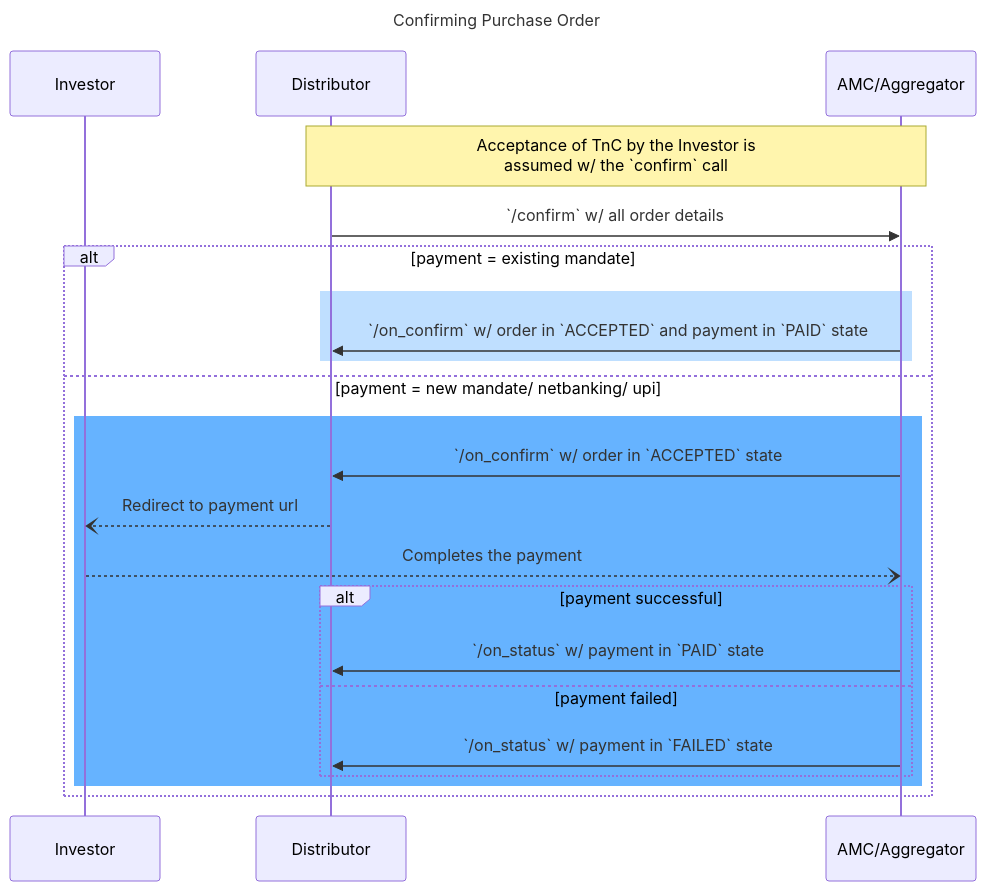
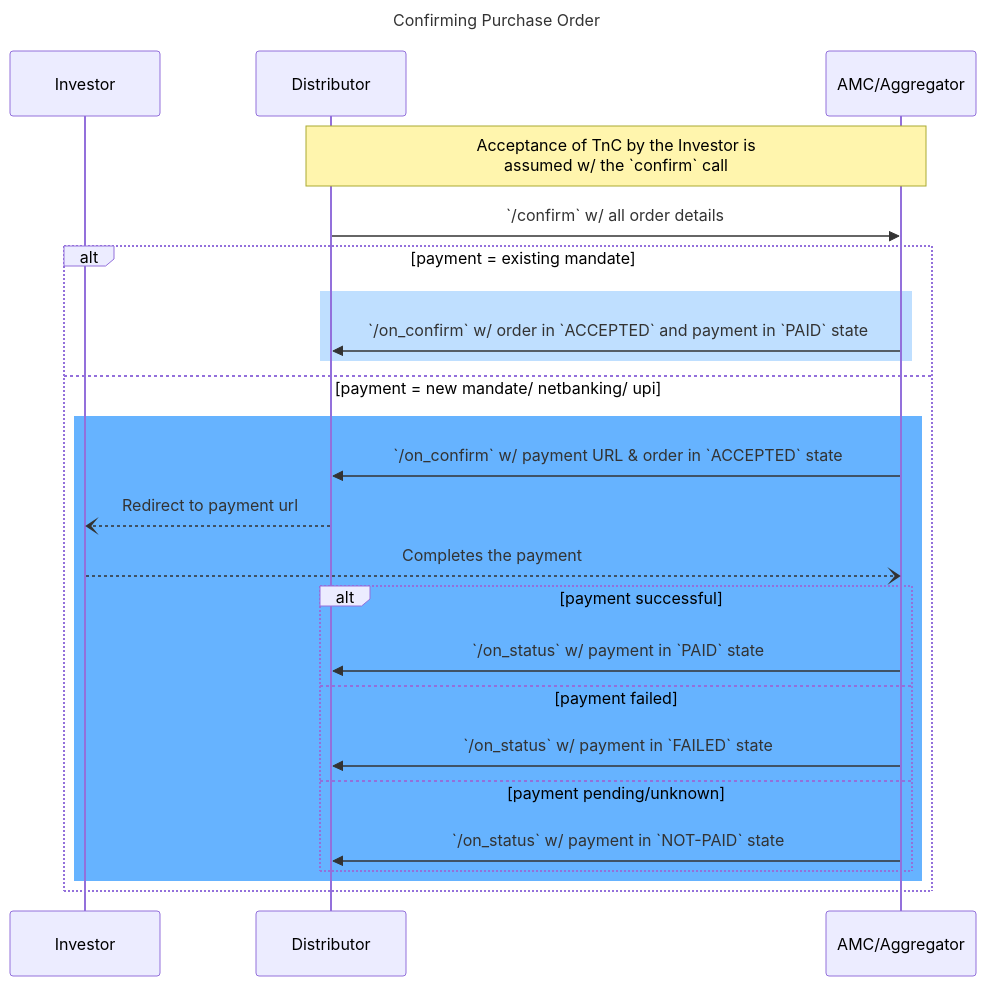
Before and after one commit to nmonga26/ONDC-FIS-Specifications: the fourth of 5 diagrams in api/components/docs/stage-order.md, drawn with Mermaid. The commit also changed other lines of this file and 3 other files, not shown here.

````diff
--- a/api/components/docs/stage-order.md
+++ b/api/components/docs/stage-order.md
@@ -112,27 +112,29 @@
 ```mermaid
 ---
 title: Confirming Purchase Order
 ---
 sequenceDiagram
     participant Investor
     participant bap AS Distributor
     participant bpp AS AMC/Aggregator
     Note over bap, bpp: Acceptance of TnC by the Investor is <br /> assumed w/ the `confirm` call
     bap ->> bpp: `/confirm` w/ all order details
     alt payment = existing mandate
         rect rgb(191, 223, 255)
             bpp ->> bap: `/on_confirm` w/ order in `ACCEPTED` and payment in `PAID` state
         end
     else payment = new mandate/ netbanking/ upi
         rect rgb(102,179,255)
-            bpp ->> bap: `/on_confirm` w/ order in `ACCEPTED` state
+            bpp ->> bap: `/on_confirm` w/ payment URL & order in `ACCEPTED` state
             bap --) Investor: Redirect to payment url
             Investor --) bpp: Completes the payment
             alt payment successful
                 bpp ->> bap: `/on_status` w/ payment in `PAID` state
             else payment failed
                 bpp ->> bap: `/on_status` w/ payment in `FAILED` state
+            else payment pending/unknown
+                bpp ->> bap: `/on_status` w/ payment in `NOT-PAID` state
             end
         end
     end
 ```
````
